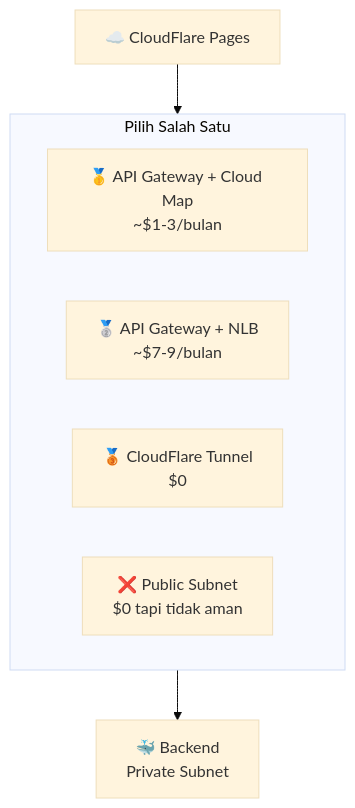
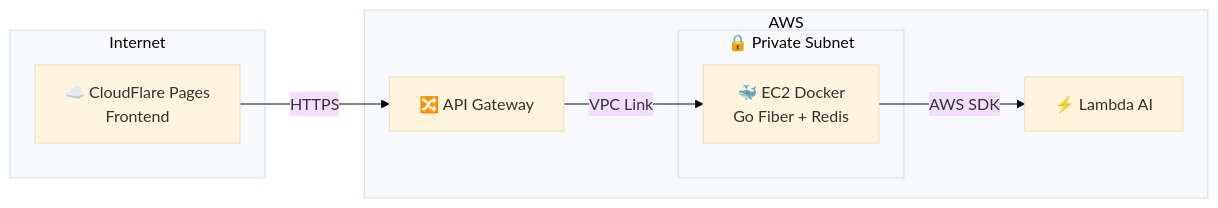
One commit to aan-andiyanaS/finlapor changed the first of 5 diagrams in docs/deployment/06b-api-gateway-setup.md. Above: the diagram before and after it, drawn with Mermaid (base theme). The commit also changed other lines of this file, not shown here.

Commit message:
Restructure API Gateway docs with clear options

````diff
--- a/docs/deployment/06b-api-gateway-setup.md
+++ b/docs/deployment/06b-api-gateway-setup.md
@@ -36,12 +28,20 @@
 ```mermaid
-flowchart TB
-    subgraph Options["Pilih Salah Satu"]
-        A["🥇 API Gateway + Cloud Map<br/>~$1-3/bulan"]
-        B["🥈 API Gateway + NLB<br/>~$7-9/bulan"]
-        C["🥉 CloudFlare Tunnel<br/>$0"]
-        D["❌ Public Subnet<br/>$0 tapi tidak aman"]
+flowchart LR
+    subgraph Internet
+        CF["☁️ CloudFlare Pages<br/>Frontend"]
     end
     
-    CF["☁️ CloudFlare Pages"] --> Options
-    Options --> EC2["🐳 Backend<br/>Private Subnet"]
+    subgraph AWS
+        APIGW["🔀 API Gateway"]
+        
+        subgraph VPC["🔒 Private Subnet"]
+            Backend["🐳 EC2 Docker<br/>Go Fiber + Redis"]
+        end
+        
+        Lambda["⚡ Lambda AI"]
+    end
+    
+    CF -->|HTTPS| APIGW
+    APIGW -->|VPC Link| Backend
+    Backend -->|AWS SDK| Lambda
 ```
````
